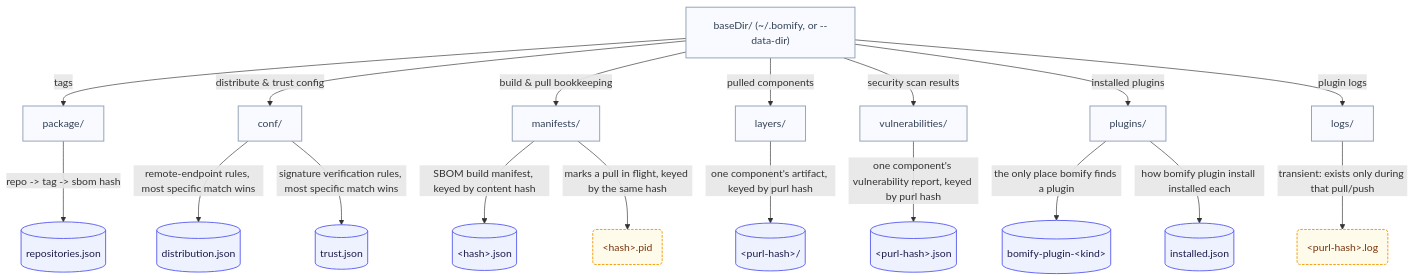
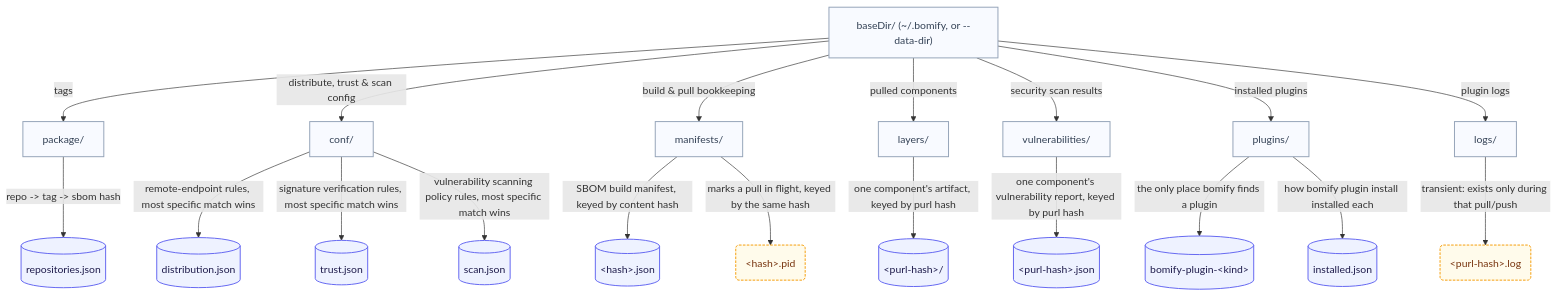
One commit to alejandro-velasco/bomify changed the diagram in docs/diagrams/data-directory.mmd. Above: the diagram before and after it, drawn with Mermaid. The commit also changed 28 other files, not shown here.

First line of the commit message:
feat(security): add severity gate and scan policy rules

```diff
--- a/docs/diagrams/data-directory.mmd
+++ b/docs/diagrams/data-directory.mmd
@@ -1,34 +1,35 @@
 flowchart TD
     classDef dir fill:#F8FAFF,stroke:#94A3B8,stroke-width:1.5px,color:#334155
     classDef store fill:#EEF2FF,stroke:#6366F1,stroke-width:1.5px,color:#1e1b4b
     classDef transient fill:#FFFBEB,stroke:#F59E0B,stroke-width:1.5px,stroke-dasharray:4 2,color:#78350f
 
     Root["baseDir/ (~/.bomify, or --data-dir)"]
 
     Root -->|"tags"| Package["package/"]
     Package -->|"repo -&gt; tag -&gt; sbom hash"| Repos[("repositories.json")]
 
-    Root -->|"distribute & trust config"| Conf["conf/"]
+    Root -->|"distribute, trust & scan config"| Conf["conf/"]
     Conf -->|"remote-endpoint rules, most specific match wins"| DistConfig[("distribution.json")]
     Conf -->|"signature verification rules, most specific match wins"| TrustConfig[("trust.json")]
+    Conf -->|"vulnerability scanning policy rules, most specific match wins"| ScanConfig[("scan.json")]
 
     Root -->|"build & pull bookkeeping"| Manifests["manifests/"]
     Manifests -->|"SBOM build manifest, keyed by content hash"| ManifestFile[("&lt;hash&gt;.json")]
     Manifests -->|"marks a pull in flight, keyed by the same hash"| PidFile("&lt;hash&gt;.pid")
 
     Root -->|"pulled components"| Layers["layers/"]
     Layers -->|"one component's artifact, keyed by purl hash"| LayerDir[("&lt;purl-hash&gt;/")]
 
     Root -->|"security scan results"| Vulns["vulnerabilities/"]
     Vulns -->|"one component's vulnerability report, keyed by purl hash"| ReportFile[("&lt;purl-hash&gt;.json")]
 
     Root -->|"installed plugins"| Plugins["plugins/"]
     Plugins -->|"the only place bomify finds a plugin"| PluginBin[("bomify-plugin-&lt;kind&gt;")]
     Plugins -->|"how bomify plugin install installed each"| PluginIndex[("installed.json")]
 
     Root -->|"plugin logs"| Logs["logs/"]
     Logs -->|"transient: exists only during that pull/push"| LogFile("&lt;purl-hash&gt;.log")
 
     class Root,Package,Conf,Manifests,Layers,Vulns,Plugins,Logs dir
-    class Repos,DistConfig,TrustConfig,ManifestFile,LayerDir,ReportFile,PluginBin,PluginIndex store
+    class Repos,DistConfig,TrustConfig,ScanConfig,ManifestFile,LayerDir,ReportFile,PluginBin,PluginIndex store
     class PidFile,LogFile transient
```
